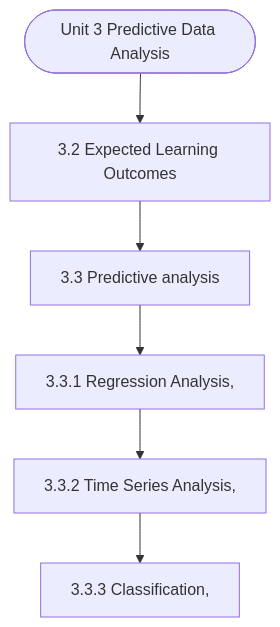
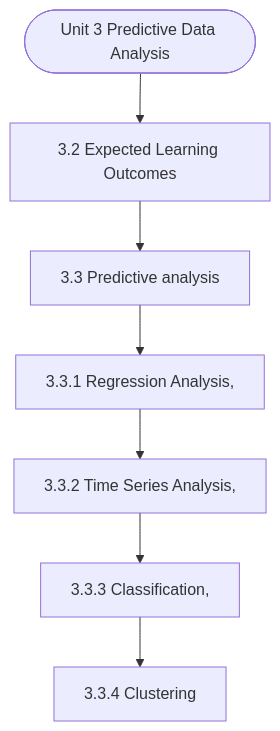
The diagram in notes/Semester_2/MCS-068_Predictive_Data_Analysis/unit_03_Predictive_Data_Analysis.md (Asutosh-Coaching/mscdsa), drawn with Mermaid before and after one commit. The commit also changed other lines of this file and 116 other files, not shown here.

````diff
--- a/notes/Semester_2/MCS-068_Predictive_Data_Analysis/unit_03_Predictive_Data_Analysis.md
+++ b/notes/Semester_2/MCS-068_Predictive_Data_Analysis/unit_03_Predictive_Data_Analysis.md
@@ -19,14 +19,16 @@
 ```mermaid
 flowchart TD
   Start(["Unit 3 Predictive Data Analysis"])
   N1["3.2 Expected Learning Outcomes"]
   N2["3.3 Predictive analysis"]
   N3["3.3.1 Regression Analysis,"]
   N4["3.3.2 Time Series Analysis,"]
   N5["3.3.3 Classification,"]
+  N6["3.3.4 Clustering"]
   Start --> N1
   N1 --> N2
   N2 --> N3
   N3 --> N4
   N4 --> N5
+  N5 --> N6
 ```
````
